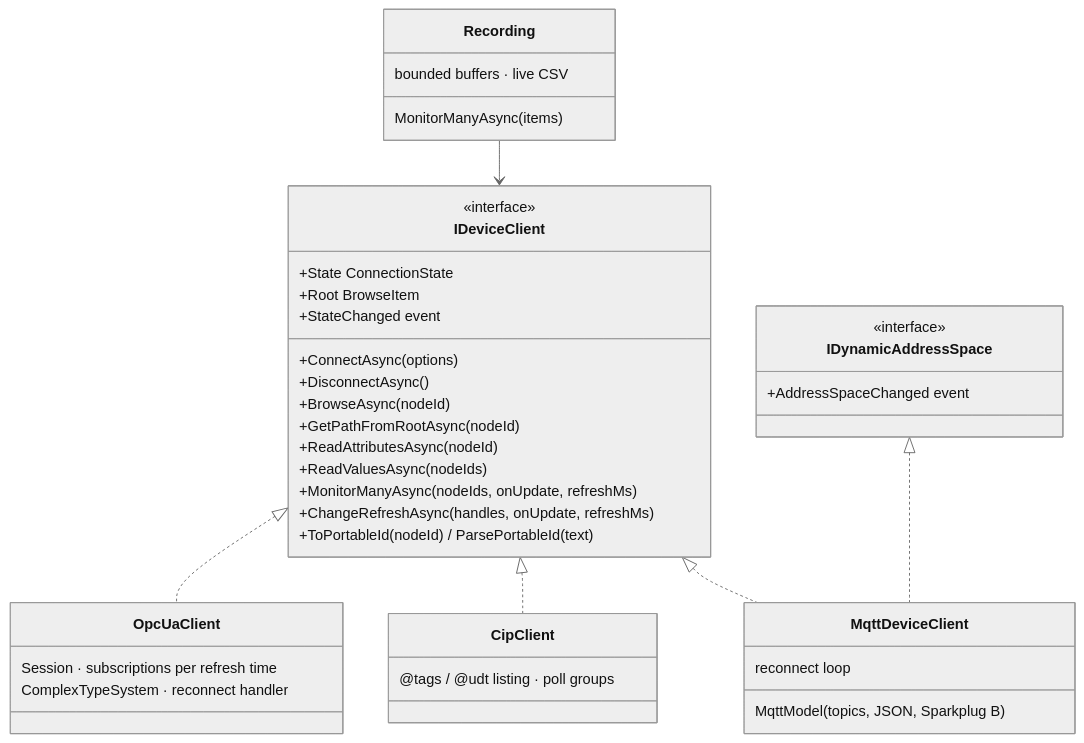
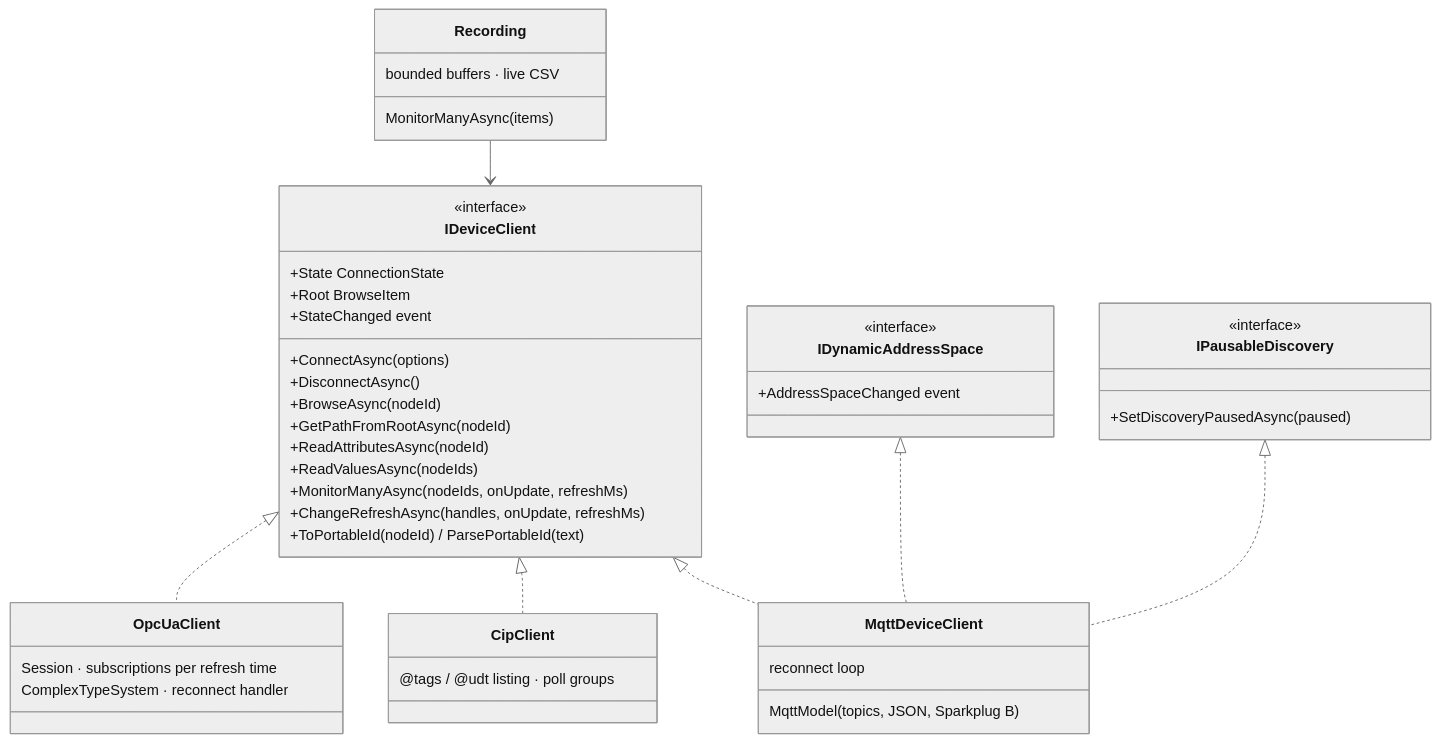
The second of 5 diagrams in docs/architecture.md (ZaoralJ/MachineDataBrowser), drawn with Mermaid (neutral theme) before and after one commit. The commit also changed other lines of this file and 17 other files, not shown here.

First line of the commit message:
feat(mqtt): pause and resume discovery, optionally automatically after connecting (#101)

````diff
--- a/docs/architecture.md
+++ b/docs/architecture.md
@@ -65,42 +65,47 @@
 ```mermaid
 classDiagram
     class IDeviceClient {
         <<interface>>
         +State ConnectionState
         +Root BrowseItem
         +ConnectAsync(options)
         +DisconnectAsync()
         +BrowseAsync(nodeId)
         +GetPathFromRootAsync(nodeId)
         +ReadAttributesAsync(nodeId)
         +ReadValuesAsync(nodeIds)
         +MonitorManyAsync(nodeIds, onUpdate, refreshMs)
         +ChangeRefreshAsync(handles, onUpdate, refreshMs)
         +ToPortableId(nodeId) / ParsePortableId(text)
         +StateChanged event
     }
     class IDynamicAddressSpace {
         <<interface>>
         +AddressSpaceChanged event
     }
+    class IPausableDiscovery {
+        <<interface>>
+        +SetDiscoveryPausedAsync(paused)
+    }
     class OpcUaClient {
         Session · subscriptions per refresh time
         ComplexTypeSystem · reconnect handler
     }
     class CipClient {
         @tags / @udt listing · poll groups
     }
     class MqttDeviceClient {
         MqttModel (topics, JSON, Sparkplug B)
         reconnect loop
     }
     IDeviceClient <|.. OpcUaClient
     IDeviceClient <|.. CipClient
     IDeviceClient <|.. MqttDeviceClient
     IDynamicAddressSpace <|.. MqttDeviceClient
+    IPausableDiscovery <|.. MqttDeviceClient
     class Recording {
         MonitorManyAsync(items)
         bounded buffers · live CSV
     }
     Recording --> IDeviceClient
 ```
````
